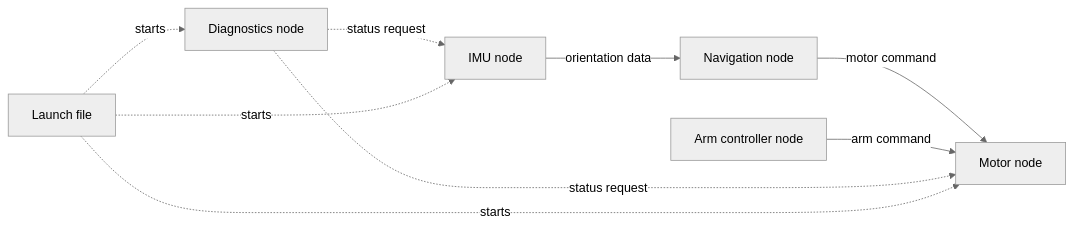
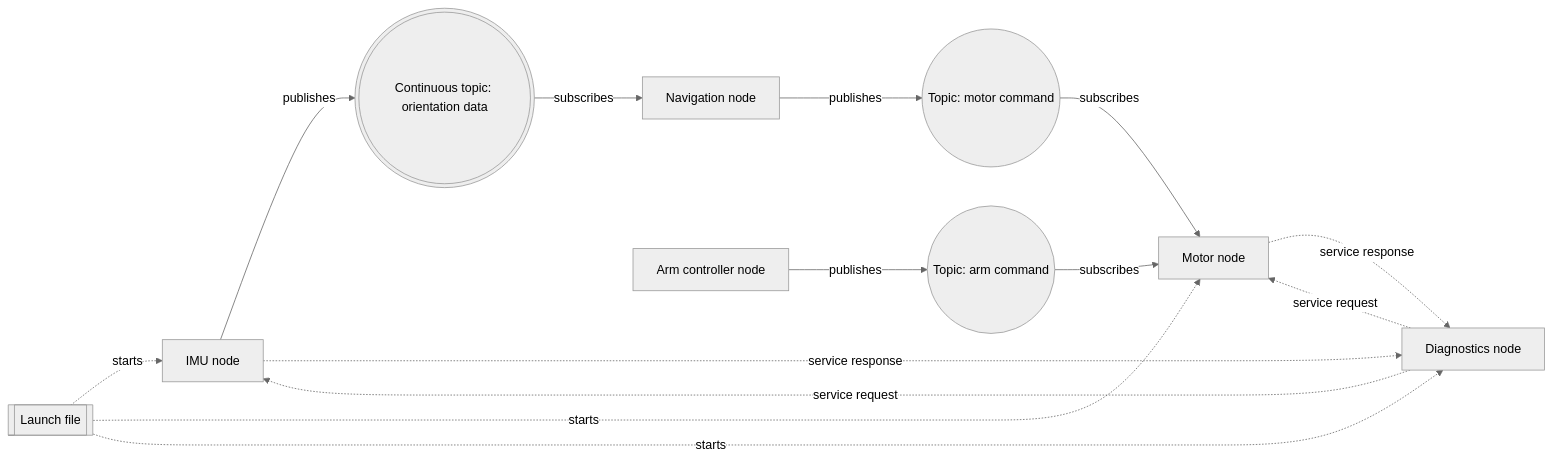
The diagram in Lessons/lesson-plan/Lesson 0 Orientation.md (Danncode10/ros2-fundamentals-tutorial), drawn with Mermaid (neutral theme) before and after one commit. The commit also changed other lines of this file and 7 other files, not shown here.

Commit message:
Enhance lesson materials with ROS 2 diagram guidelines and improve Markdown readability for student notes

````diff
--- a/Lessons/lesson-plan/Lesson 0 Orientation.md
+++ b/Lessons/lesson-plan/Lesson 0 Orientation.md
@@ -92,11 +98,28 @@
 ```mermaid
 flowchart LR
-  imu_node["IMU node"] -->|orientation data| navigation_node["Navigation node"]
-  navigation_node -->|motor command| motor_node["Motor node"]
-  arm_controller_node["Arm controller node"] -->|arm command| motor_node
-  diagnostics_node["Diagnostics node"] -.->|status request| imu_node
-  diagnostics_node -.->|status request| motor_node
-  launch_file["Launch file"] -.->|starts| imu_node
+  imu_node["IMU node"]
+  navigation_node["Navigation node"]
+  motor_node["Motor node"]
+  arm_controller_node["Arm controller node"]
+  diagnostics_node["Diagnostics node"]
+  launch_file[["Launch file"]]
+  orientation_topic((("Continuous topic: orientation data")))
+  motor_command_topic(("Topic: motor command"))
+  arm_command_topic(("Topic: arm command"))
+
+  imu_node -->|publishes| orientation_topic
+  orientation_topic -->|subscribes| navigation_node
+  navigation_node -->|publishes| motor_command_topic
+  motor_command_topic -->|subscribes| motor_node
+  arm_controller_node -->|publishes| arm_command_topic
+  arm_command_topic -->|subscribes| motor_node
+
+  diagnostics_node -.->|service request| imu_node
+  imu_node -.->|service response| diagnostics_node
+  diagnostics_node -.->|service request| motor_node
+  motor_node -.->|service response| diagnostics_node
+
+  launch_file -.->|starts| imu_node
   launch_file -.->|starts| motor_node
   launch_file -.->|starts| diagnostics_node
 ```
````
